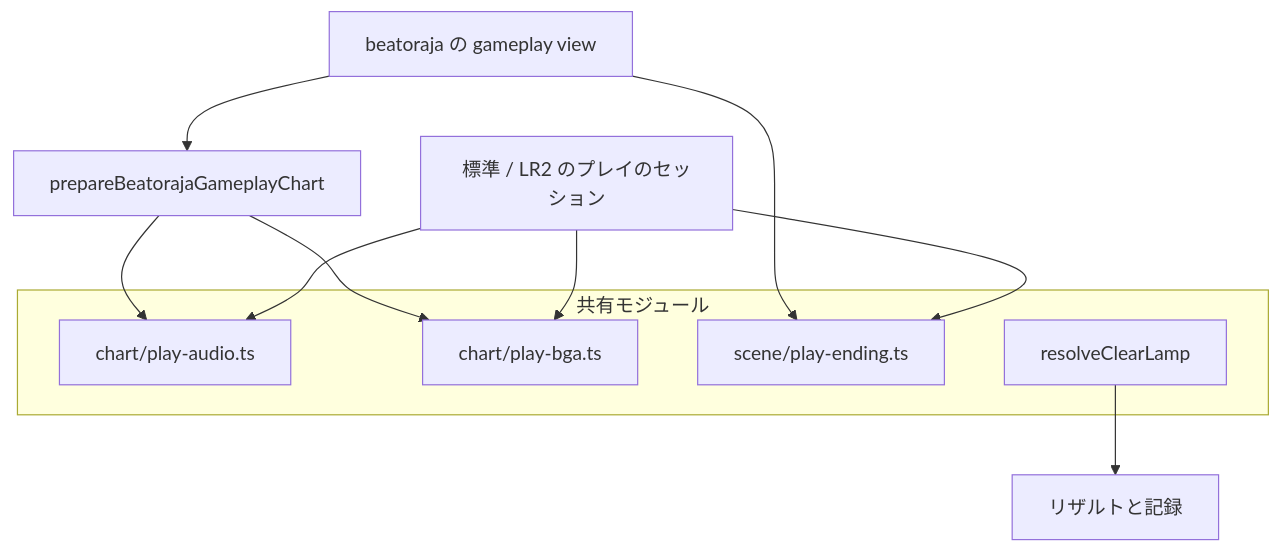
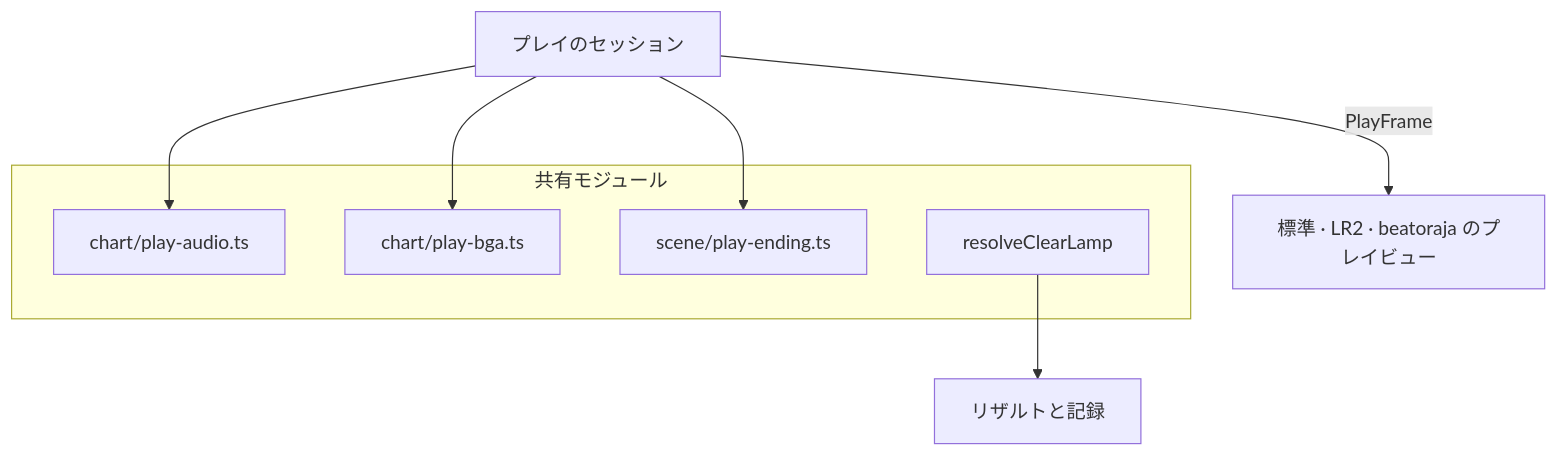
Before and after one commit to nulltask/be-music: the fifth of 11 diagrams in docs/player-web.ja.md, drawn with Mermaid. The commit also changed other lines of this file and 10 other files, not shown here.

First line of the commit message:
docs: describe the beatoraja play view on createPlayScene, and add PL8 to the P4 migration [ci skip]

````diff
--- a/docs/player-web.ja.md
+++ b/docs/player-web.ja.md
@@ -317,17 +317,15 @@
 ```mermaid
 flowchart TD
+  views["標準 · LR2 · beatoraja のプレイビュー"]
+  session[プレイのセッション] -->|PlayFrame| views
   subgraph shared [共有モジュール]
     audio[chart/play-audio.ts]
     bga[chart/play-bga.ts]
     ending[scene/play-ending.ts]
     lamp[resolveClearLamp]
   end
-  core[標準 / LR2 のプレイのセッション] --> audio
-  core --> bga
-  core --> ending
-  prep[prepareBeatorajaGameplayChart] --> audio
-  prep --> bga
-  bview[beatoraja の gameplay view] --> ending
-  bview --> prep
+  session --> audio
+  session --> bga
+  session --> ending
   lamp --> results[リザルトと記録]
 ```
````
